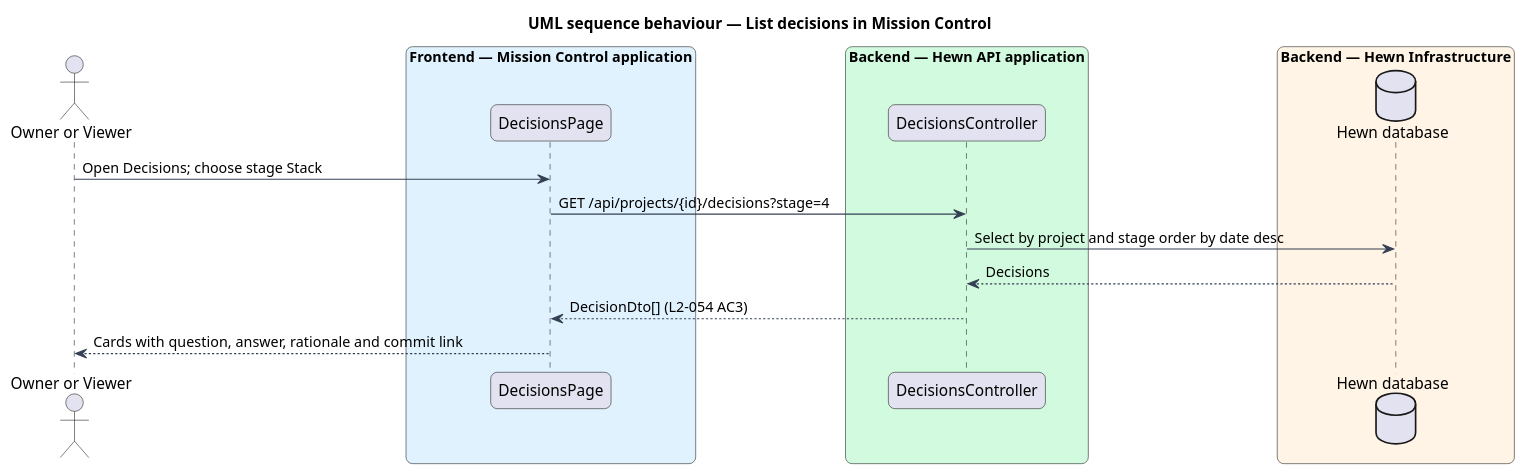
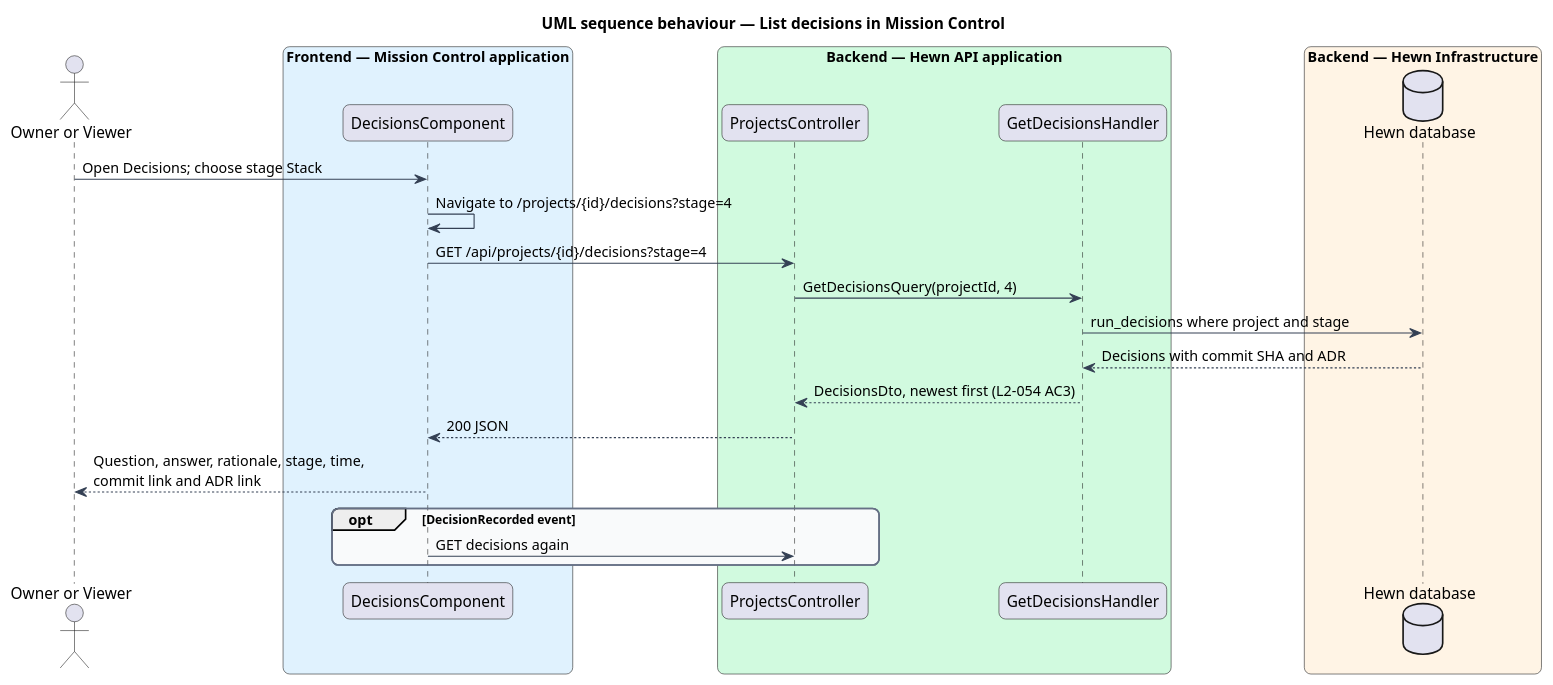
Before and after one commit to QuinntyneBrown/hewn: the diagram in docs/detailed-designs/pipeline/record-decisions/diagrams/sequence-list.puml, drawn with PlantUML. The commit also changed 66 other files, not shown here.

```diff
--- a/docs/detailed-designs/pipeline/record-decisions/diagrams/sequence-list.puml
+++ b/docs/detailed-designs/pipeline/record-decisions/diagrams/sequence-list.puml
@@ -1,34 +1,41 @@
 @startuml
 title UML sequence behaviour — List decisions in Mission Control
 skinparam backgroundColor #FFFFFF
 skinparam shadowing false
 skinparam roundcorner 12
 skinparam defaultFontName Arial
 skinparam ArrowColor #344054
 skinparam rectangle {
   BorderColor #344054
   FontColor #101828
 }
 skinparam package {
   BorderColor #667085
   FontColor #101828
   BackgroundColor #F9FAFB
 }
 skinparam sequenceMessageAlign left
 actor "Owner or Viewer" as user
 box "Frontend — Mission Control application" #E0F2FE
-  participant "DecisionsPage" as page
+  participant "DecisionsComponent" as page
 end box
 box "Backend — Hewn API application" #D1FADF
-  participant "DecisionsController" as ctrl
+  participant "ProjectsController" as ctrl
+  participant "GetDecisionsHandler" as handler
 end box
 box "Backend — Hewn Infrastructure" #FFF4E5
   database "Hewn database" as db
 end box
 user -> page : Open Decisions; choose stage Stack
+page -> page : Navigate to /projects/{id}/decisions?stage=4
 page -> ctrl : GET /api/projects/{id}/decisions?stage=4
-ctrl -> db : Select by project and stage order by date desc
-db --> ctrl : Decisions
-ctrl --> page : DecisionDto[] (L2-054 AC3)
-page --> user : Cards with question, answer, rationale and commit link
+ctrl -> handler : GetDecisionsQuery(projectId, 4)
+handler -> db : run_decisions where project and stage
+db --> handler : Decisions with commit SHA and ADR
+handler --> ctrl : DecisionsDto, newest first (L2-054 AC3)
+ctrl --> page : 200 JSON
+page --> user : Question, answer, rationale, stage, time,\ncommit link and ADR link
+opt DecisionRecorded event
+  page -> ctrl : GET decisions again
+end
 @enduml
```
